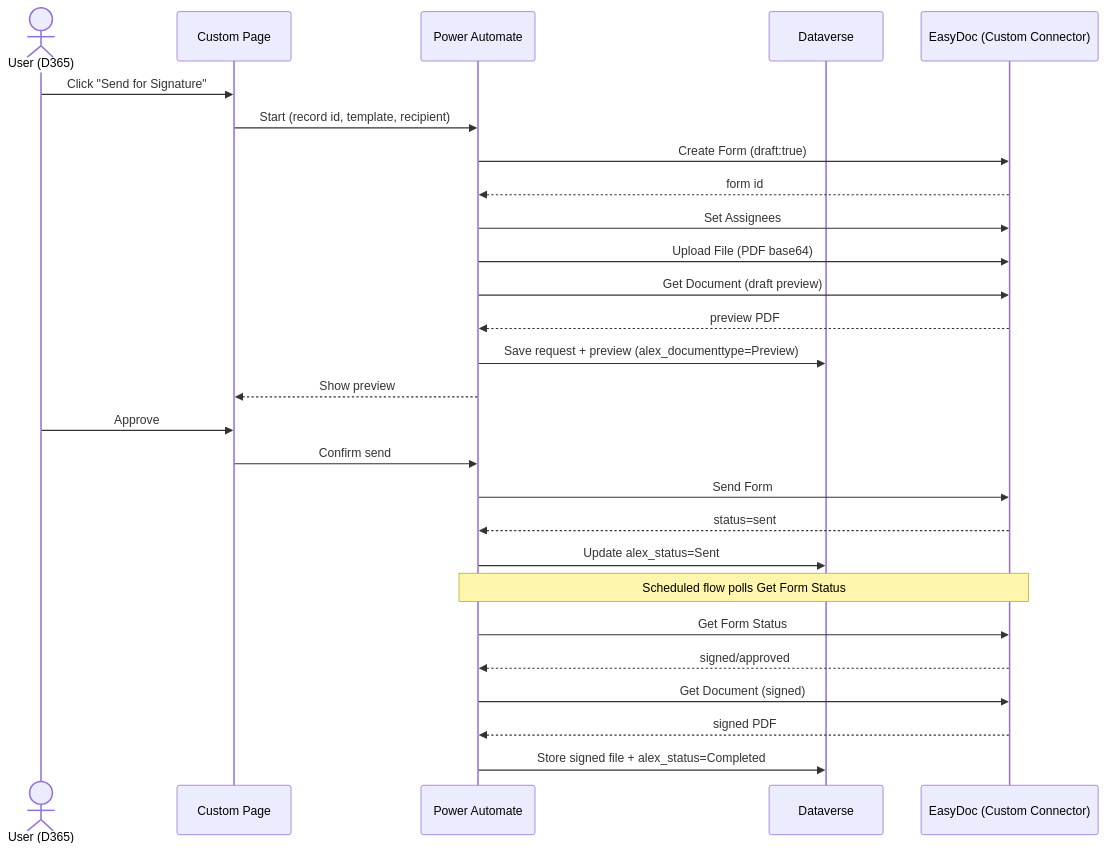
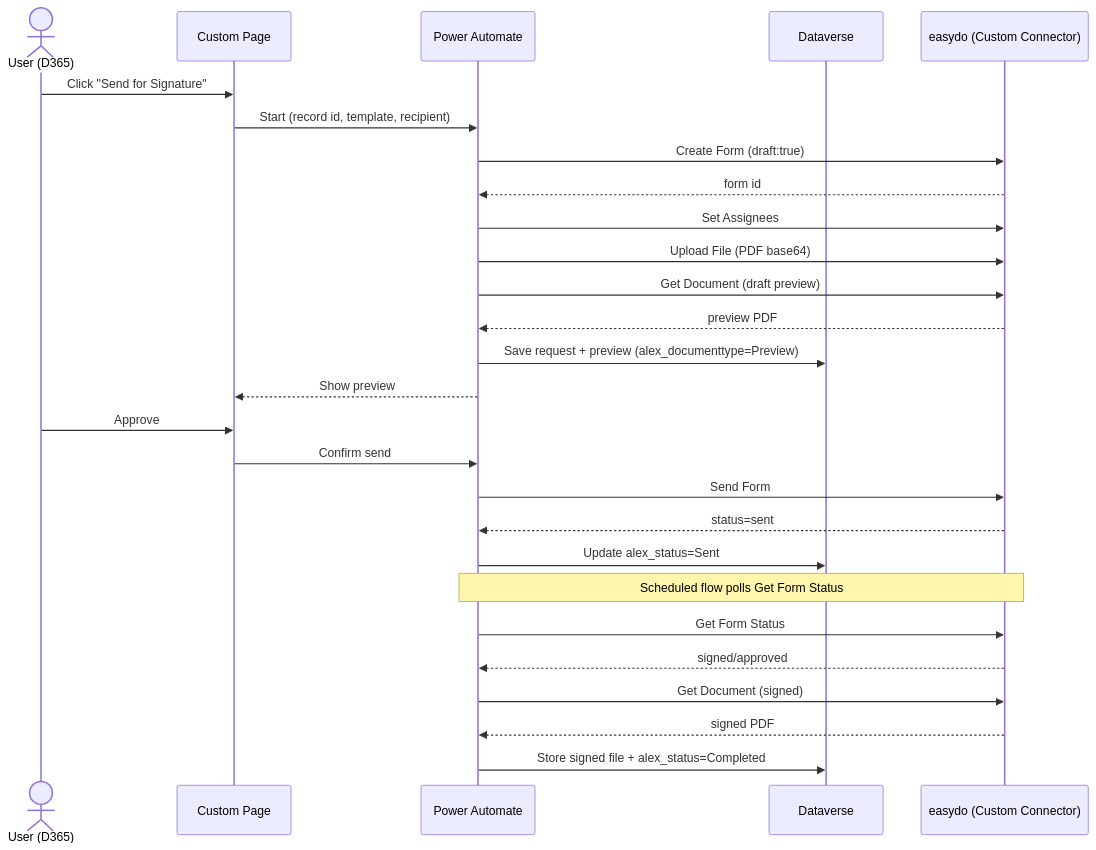
One commit to alexander-you/D365-easydo changed the second of 2 diagrams in docs/custom-connector.md. Above: the diagram before and after it, drawn with Mermaid. The commit also changed other lines of this file and 20 other files, not shown here.

First line of the commit message:
Rebrand EasyDoc -> easydo in display text/docs; rewrite README; remove mockup

````diff
--- a/docs/custom-connector.md
+++ b/docs/custom-connector.md
@@ -180,31 +180,31 @@
 ```mermaid
 sequenceDiagram
     actor U as User (D365)
     participant CP as Custom Page
     participant F as Power Automate
     participant DV as Dataverse
-    participant E as EasyDoc (Custom Connector)
+    participant E as easydo (Custom Connector)
 
     U->>CP: Click "Send for Signature"
     CP->>F: Start (record id, template, recipient)
     F->>E: Create Form (draft:true)
     E-->>F: form id
     F->>E: Set Assignees
     F->>E: Upload File (PDF base64)
     F->>E: Get Document (draft preview)
     E-->>F: preview PDF
     F->>DV: Save request + preview (alex_documenttype=Preview)
     F-->>CP: Show preview
     U->>CP: Approve
     CP->>F: Confirm send
     F->>E: Send Form
     E-->>F: status=sent
     F->>DV: Update alex_status=Sent
 
     Note over F,E: Scheduled flow polls Get Form Status
     F->>E: Get Form Status
     E-->>F: signed/approved
     F->>E: Get Document (signed)
     E-->>F: signed PDF
     F->>DV: Store signed file + alex_status=Completed
 ```
````
